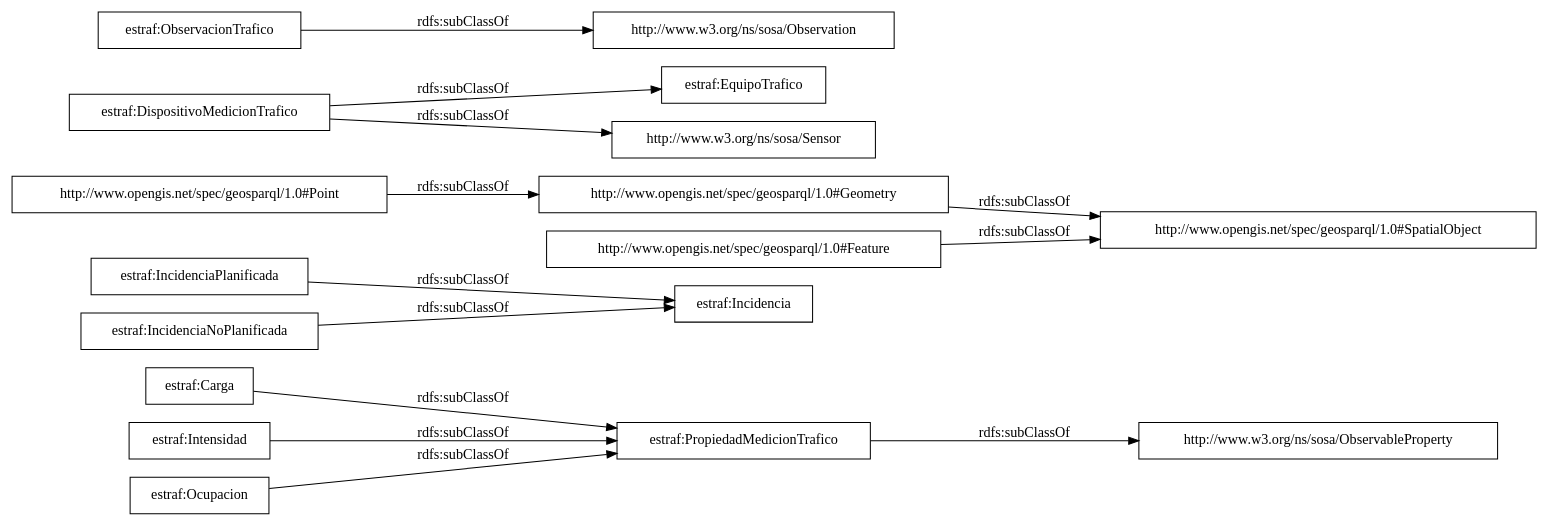
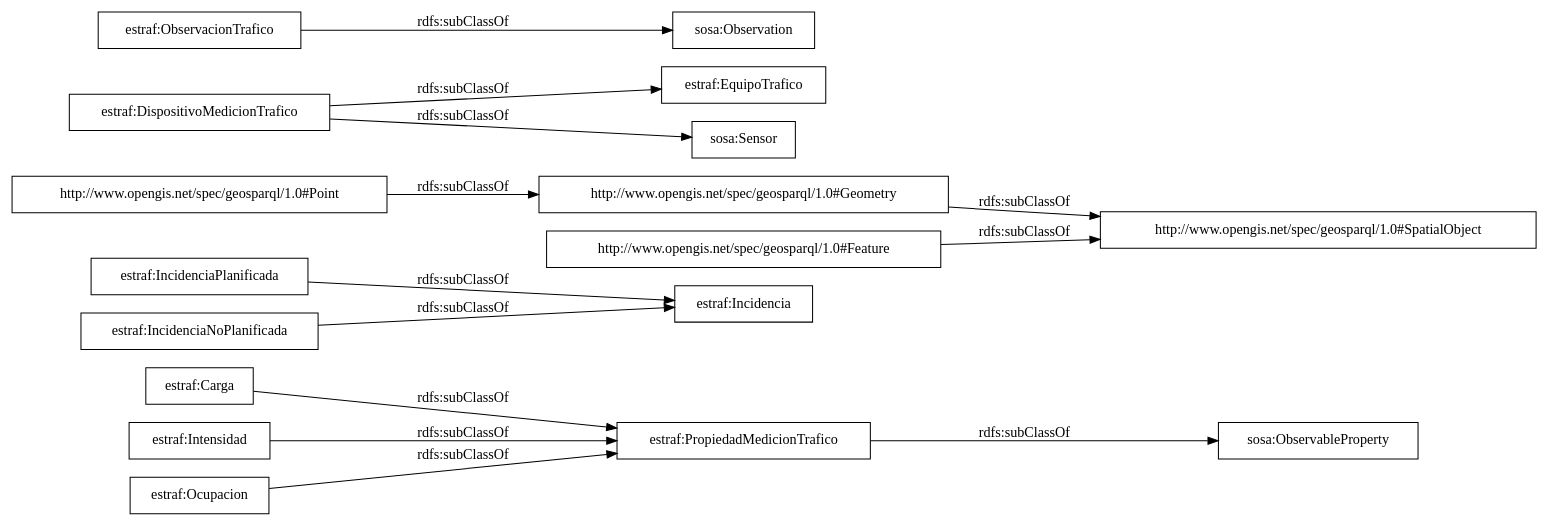
The diagram in OnToology/Ontology/trafico.owl/diagrams/ar2dtool-taxonomy/trafico.owl.png.dot (CiudadesAbiertas/vocab-transporte-trafico), drawn with Graphviz before and after one commit. The commit also changed 12 other files, not shown here.

```diff
--- a/OnToology/Ontology/trafico.owl/diagrams/ar2dtool-taxonomy/trafico.owl.png.dot
+++ b/OnToology/Ontology/trafico.owl/diagrams/ar2dtool-taxonomy/trafico.owl.png.dot
@@ -1,18 +1,18 @@
 digraph ar2dtool_diagram { 
 rankdir=LR;
 size="1000"
-node [shape = rectangle, color="black"]; "estraf:Carga" "http://www.w3.org/ns/sosa/ObservableProperty" "estraf:Incidencia" "http://www.opengis.net/spec/geosparql/1.0#SpatialObject" "estraf:PropiedadMedicionTrafico" "estraf:EquipoTrafico" "http://www.w3.org/ns/sosa/Observation" "estraf:DispositivoMedicionTrafico" "http://www.opengis.net/spec/geosparql/1.0#Point" "estraf:Intensidad" "http://www.opengis.net/spec/geosparql/1.0#Geometry" "estraf:IncidenciaPlanificada" "http://www.w3.org/ns/sosa/Sensor" "estraf:Ocupacion" "estraf:ObservacionTrafico" "estraf:IncidenciaNoPlanificada" "http://www.opengis.net/spec/geosparql/1.0#Feature" ; /*classes style*/
+node [shape = rectangle, color="black"]; "estraf:Carga" "sosa:ObservableProperty" "estraf:Incidencia" "http://www.opengis.net/spec/geosparql/1.0#SpatialObject" "estraf:PropiedadMedicionTrafico" "estraf:EquipoTrafico" "sosa:Observation" "estraf:DispositivoMedicionTrafico" "http://www.opengis.net/spec/geosparql/1.0#Point" "estraf:Intensidad" "http://www.opengis.net/spec/geosparql/1.0#Geometry" "estraf:IncidenciaPlanificada" "sosa:Sensor" "estraf:Ocupacion" "estraf:ObservacionTrafico" "estraf:IncidenciaNoPlanificada" "http://www.opengis.net/spec/geosparql/1.0#Feature" ; /*classes style*/
 	"http://www.opengis.net/spec/geosparql/1.0#Geometry" -> "http://www.opengis.net/spec/geosparql/1.0#SpatialObject" [ label = "rdfs:subClassOf" ];
 	"estraf:Carga" -> "estraf:PropiedadMedicionTrafico" [ label = "rdfs:subClassOf" ];
 	"estraf:IncidenciaNoPlanificada" -> "estraf:Incidencia" [ label = "rdfs:subClassOf" ];
 	"http://www.opengis.net/spec/geosparql/1.0#Point" -> "http://www.opengis.net/spec/geosparql/1.0#Geometry" [ label = "rdfs:subClassOf" ];
 	"estraf:Ocupacion" -> "estraf:PropiedadMedicionTrafico" [ label = "rdfs:subClassOf" ];
 	"estraf:IncidenciaPlanificada" -> "estraf:Incidencia" [ label = "rdfs:subClassOf" ];
-	"estraf:ObservacionTrafico" -> "http://www.w3.org/ns/sosa/Observation" [ label = "rdfs:subClassOf" ];
+	"estraf:ObservacionTrafico" -> "sosa:Observation" [ label = "rdfs:subClassOf" ];
 	"http://www.opengis.net/spec/geosparql/1.0#Feature" -> "http://www.opengis.net/spec/geosparql/1.0#SpatialObject" [ label = "rdfs:subClassOf" ];
-	"estraf:PropiedadMedicionTrafico" -> "http://www.w3.org/ns/sosa/ObservableProperty" [ label = "rdfs:subClassOf" ];
-	"estraf:DispositivoMedicionTrafico" -> "http://www.w3.org/ns/sosa/Sensor" [ label = "rdfs:subClassOf" ];
+	"estraf:PropiedadMedicionTrafico" -> "sosa:ObservableProperty" [ label = "rdfs:subClassOf" ];
+	"estraf:DispositivoMedicionTrafico" -> "sosa:Sensor" [ label = "rdfs:subClassOf" ];
 	"estraf:DispositivoMedicionTrafico" -> "estraf:EquipoTrafico" [ label = "rdfs:subClassOf" ];
 	"estraf:Intensidad" -> "estraf:PropiedadMedicionTrafico" [ label = "rdfs:subClassOf" ];
 
 }
```
